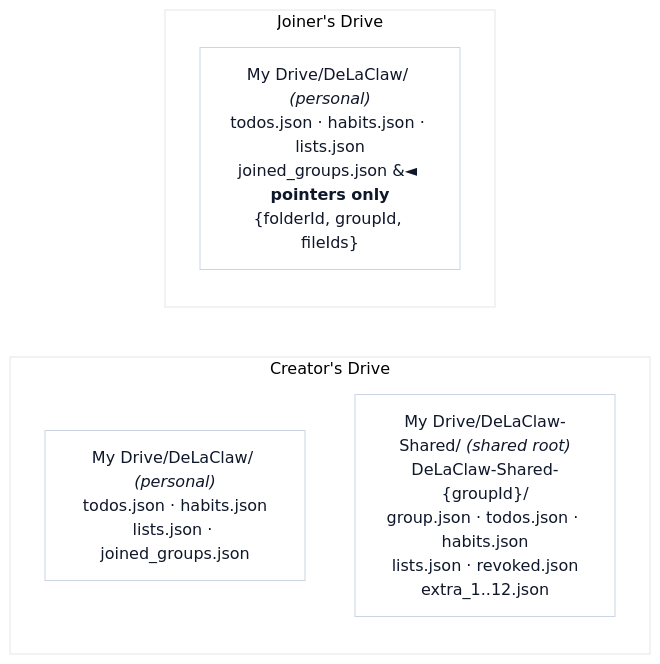
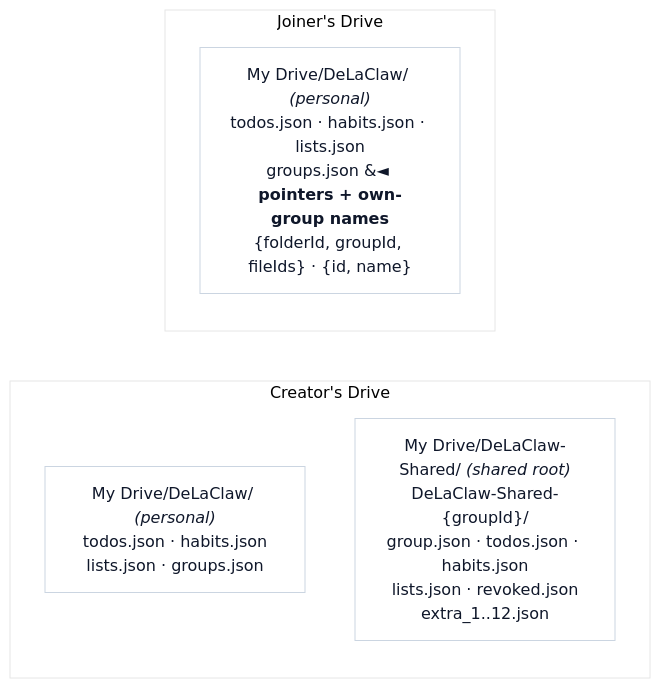
Before and after one commit to AntGro/DeLaClaw: the third of 12 diagrams in docs-site/sharing.md, drawn with Mermaid. The commit also changed other lines of this file and 25 other files, not shown here.

First line of the commit message:
feat(sharing): unify joined and created groups in the groups table

````diff
--- a/docs-site/sharing.md
+++ b/docs-site/sharing.md
@@ -75,13 +75,13 @@
 ```mermaid
 %%{init: {'theme': 'base', 'themeVariables': {'background': '#fbfaf8', 'primaryColor': '#ffffff', 'primaryBorderColor': '#cbd5e1', 'primaryTextColor': '#0f172a', 'lineColor': '#334155'}}}%%
 flowchart LR
     subgraph CD["Creator's Drive"]
         direction TB
-        CDP["My Drive/DeLaClaw/ <i>(personal)</i><br/>todos.json · habits.json<br/>lists.json · joined_groups.json"]
+        CDP["My Drive/DeLaClaw/ <i>(personal)</i><br/>todos.json · habits.json<br/>lists.json · groups.json"]
         CDS["My Drive/DeLaClaw-Shared/ <i>(shared root)</i><br/>DeLaClaw-Shared-{groupId}/<br/>group.json · todos.json · habits.json<br/>lists.json · revoked.json<br/>extra_1..12.json"]
     end
     subgraph JD["Joiner's Drive"]
         direction TB
-        JDP["My Drive/DeLaClaw/ <i>(personal)</i><br/>todos.json · habits.json · lists.json<br/>joined_groups.json &#9668; <b>pointers only</b><br/>{folderId, groupId, fileIds}"]
+        JDP["My Drive/DeLaClaw/ <i>(personal)</i><br/>todos.json · habits.json · lists.json<br/>groups.json &#9668; <b>pointers + own-group names</b><br/>{folderId, groupId, fileIds} · {id, name}"]
     end
 ```
````
